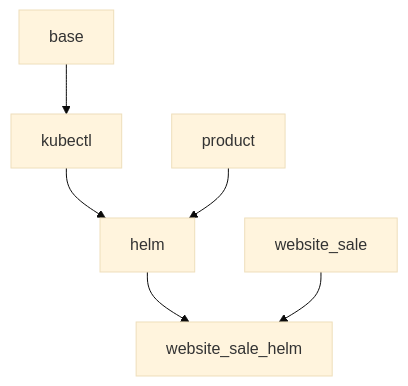
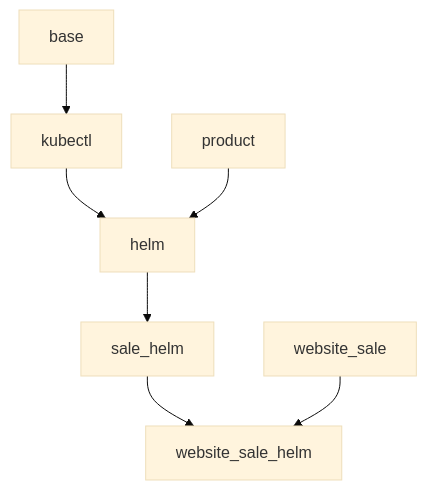
The diagram in Mint Cloud.md (Mint-System/Odoo-Wiki), drawn with Mermaid (base theme) before and after one commit. The commit also changed other lines of this file and 2 other files, not shown here.

````diff
--- a/Mint Cloud.md
+++ b/Mint Cloud.md
@@ -27,8 +28,9 @@
 ```mermaid
 graph TD
   base --> kubectl
   kubectl --> helm
   product --> helm
-  helm --> website_sale_helm
+  helm --> sale_helm
+  sale_helm --> website_sale_helm
   website_sale --> website_sale_helm
 ```
````
